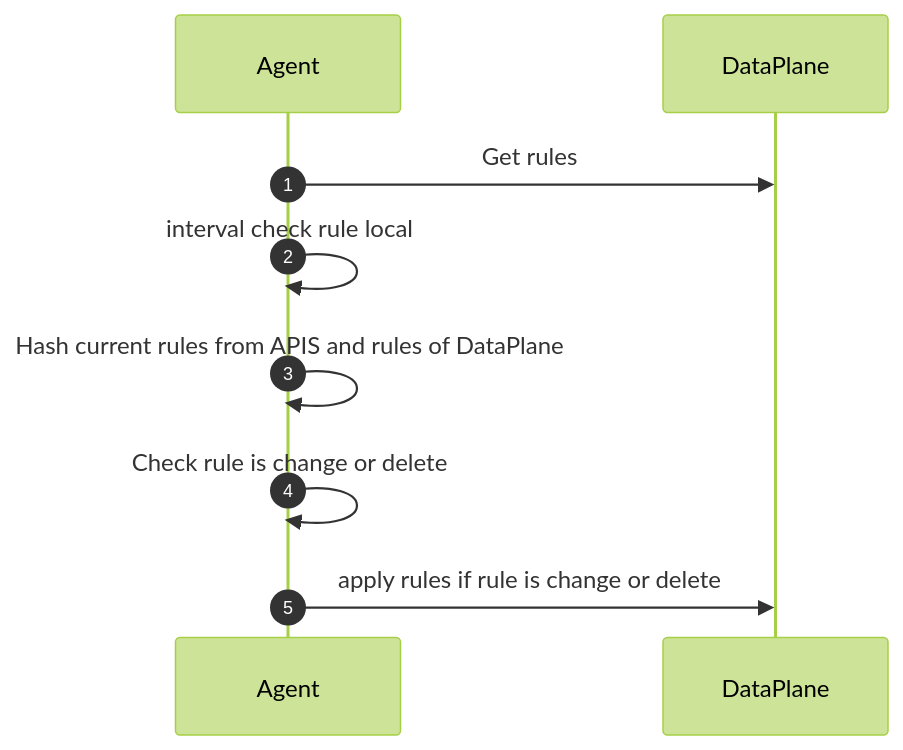
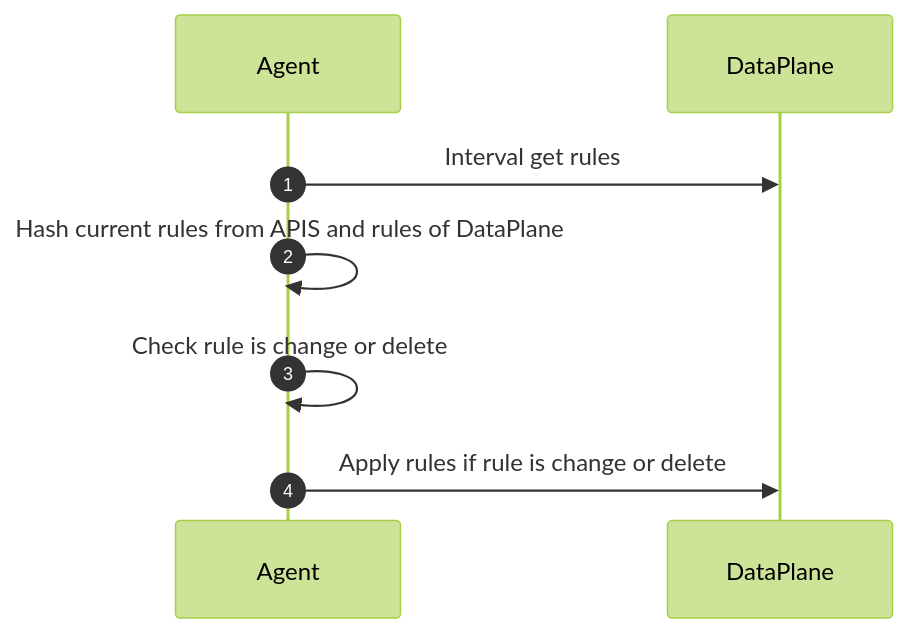
The third of 7 diagrams in case-studies/policy/usecase.md (bamboo-firewall/docs), drawn with Mermaid (forest theme) before and after one commit. The commit also changed other lines of this file, not shown here.

Commit message:
PAAS-1283-flow-apply-rule

````diff
--- a/case-studies/policy/usecase.md
+++ b/case-studies/policy/usecase.md
@@ -41,11 +41,10 @@
 ```mermaid
 sequenceDiagram
     autonumber
     participant Agent as Agent
     participant DP as DataPlane
-    Agent ->> DP: Get rules
-    Agent ->> Agent: interval check rule local
+    Agent ->> DP: Interval get rules
     Agent ->> Agent: Hash current rules from APIS and rules of DataPlane
     Agent ->> Agent: Check rule is change or delete
-    Agent ->> DP: apply rules if rule is change or delete
+    Agent ->> DP: Apply rules if rule is change or delete
 ```
````
